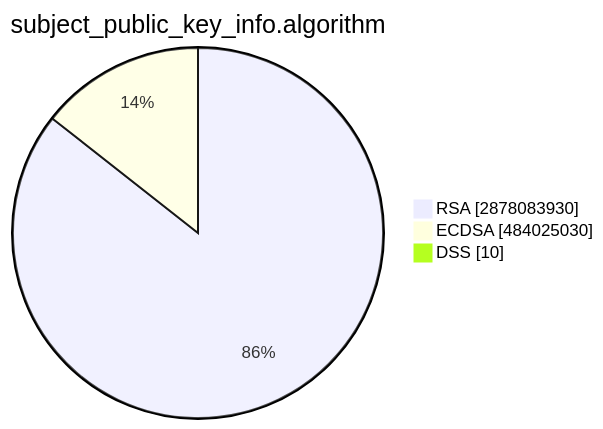
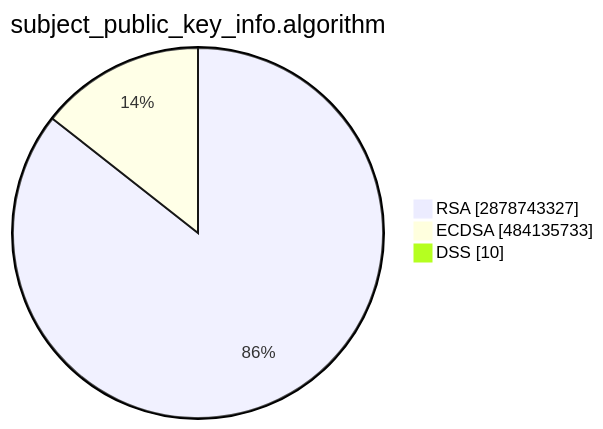
One commit to christiankrug/ctmonitor_visualization changed the second of 15 diagrams in TOTAL/README.md. Above: the diagram before and after it, drawn with Mermaid. The commit also changed other lines of this file, not shown here.

````diff
--- a/TOTAL/README.md
+++ b/TOTAL/README.md
@@ -6,7 +6,7 @@
 ```mermaid
 pie showData
 title subject_public_key_info.algorithm
-"RSA" :2878083930
-"ECDSA" :484025030
+"RSA" :2878743327
+"ECDSA" :484135733
 "DSS" :10
 ```
````
